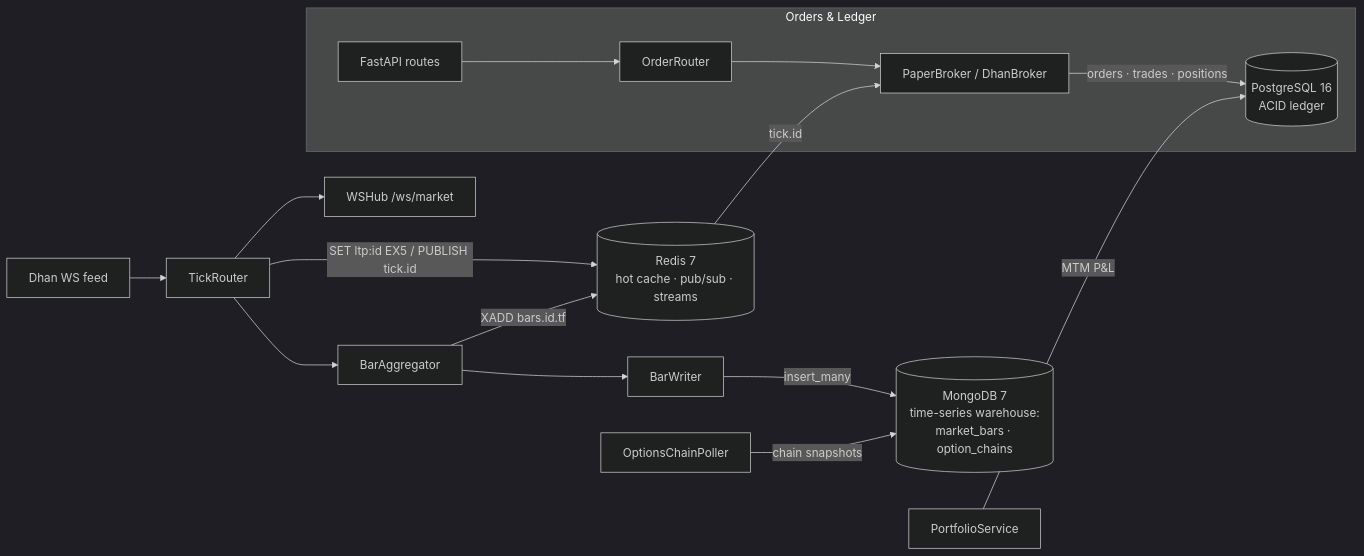
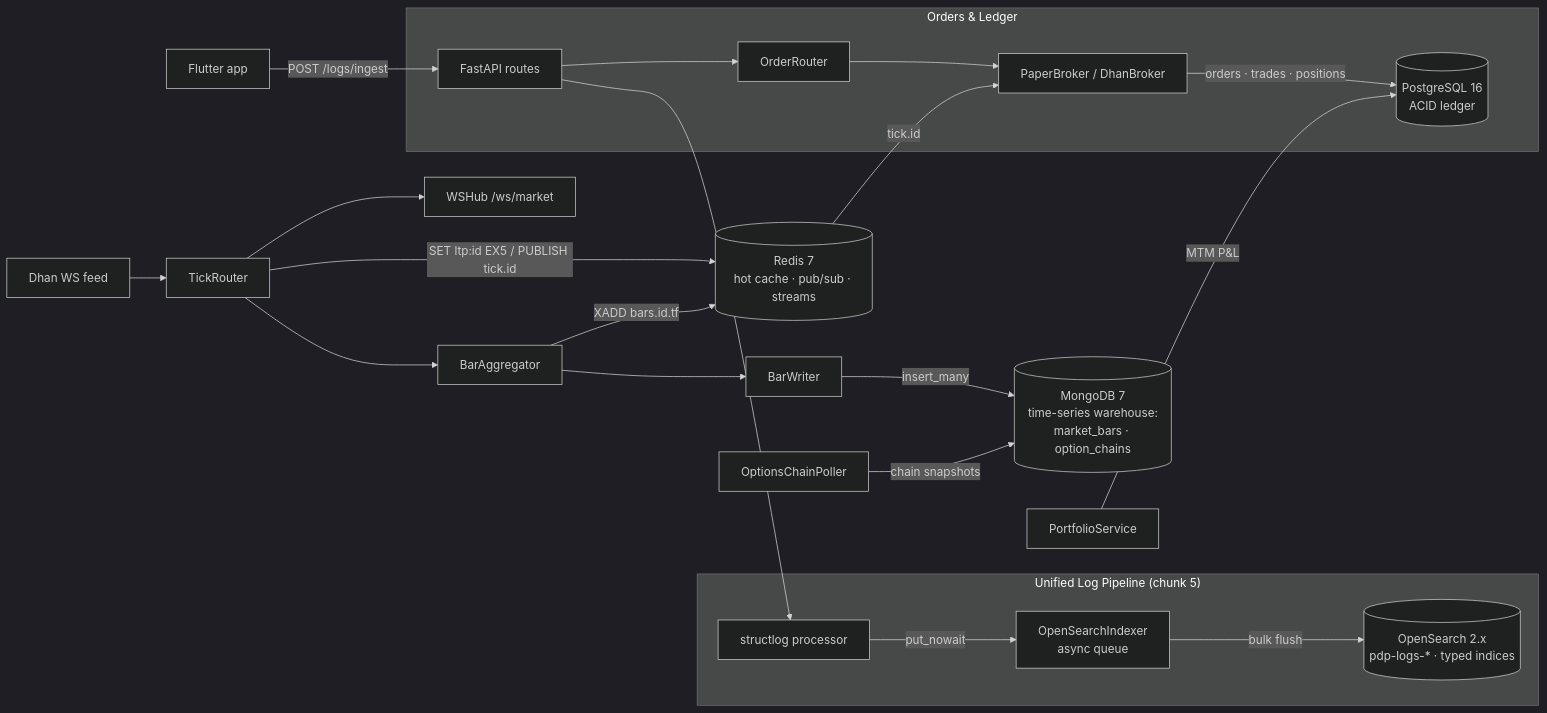
One commit to vedicarchitect/pdp changed the diagram in openspec/project.md. Above: the diagram before and after it, drawn with Mermaid (dark theme). The commit also changed other lines of this file and 54 other files, not shown here.

````diff
--- a/openspec/project.md
+++ b/openspec/project.md
@@ -42,18 +43,25 @@
 ```mermaid
 flowchart LR
     Dhan[Dhan WS feed] --> TR[TickRouter]
     TR -->|"SET ltp:id EX5 / PUBLISH tick.id"| Redis[("Redis 7<br/>hot cache · pub/sub · streams")]
     TR --> WS["WSHub /ws/market"]
     TR --> BA[BarAggregator]
     BA --> BW[BarWriter] -->|insert_many| Mongo[("MongoDB 7<br/>time-series warehouse:<br/>market_bars · option_chains")]
     BA -->|"XADD bars.id.tf"| Redis
 
     subgraph ledger ["Orders &amp; Ledger"]
       API[FastAPI routes] --> OR[OrderRouter] --> PB["PaperBroker / DhanBroker"]
       PB -->|"orders · trades · positions"| PG[("PostgreSQL 16<br/>ACID ledger")]
     end
     Redis -->|"tick.id"| PB
 
     OptPoller[OptionsChainPoller] -->|chain snapshots| Mongo
     Portfolio[PortfolioService] -->|MTM P&amp;L| PG
+
+    subgraph obs ["Unified Log Pipeline (chunk 5)"]
+      SL[structlog processor] -->|put_nowait| IDX[OpenSearchIndexer<br/>async queue]
+      IDX -->|bulk flush| OS[("OpenSearch 2.x<br/>pdp-logs-* · typed indices")]
+    end
+    API --> SL
+    Flutter[Flutter app] -->|POST /logs/ingest| API
 ```
````
